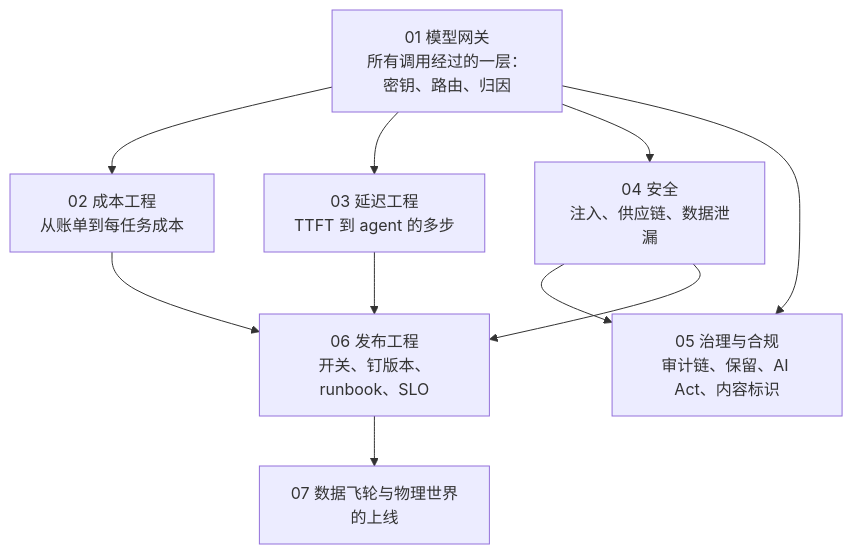
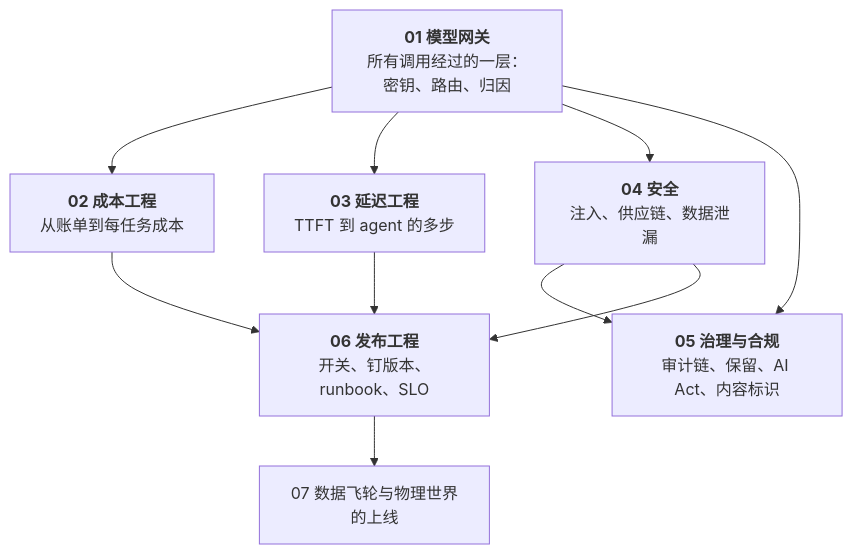
Before and after one commit to arganzheng/arganzheng.github.com: the first of 4 diagrams in _posts/2026-11-14-production-and-operations-series-recap-and-self-test.md, drawn with Mermaid. The commit also changed other lines of this file and 7 other files, not shown here.

First line of the commit message:
生产化与运营：让 AI 应用可靠、可控、可持续地跑：Mermaid 多行方框的首行标为标题（8 篇）

````diff
--- a/_posts/2026-11-14-production-and-operations-series-recap-and-self-test.md
+++ b/_posts/2026-11-14-production-and-operations-series-recap-and-self-test.md
@@ -19,12 +19,12 @@
 ```mermaid
 %%{init: {"flowchart": {"wrappingWidth": 170}}}%%
 %% 图：生产化与运营全景：所有调用经过网关，成本 / 延迟 / 安全 / 治理各一本账，改动 = 发布，飞轮回流
 flowchart TB
-    O1["01 模型网关<br/>所有调用经过的一层：密钥、路由、归因"] --> O2["02 成本工程<br/>从账单到每任务成本"]
-    O1 --> O3["03 延迟工程<br/>TTFT 到 agent 的多步"]
-    O1 --> O4["04 安全<br/>注入、供应链、数据泄漏"]
-    O1 & O4 --> O5["05 治理与合规<br/>审计链、保留、AI Act、内容标识"]
-    O2 & O3 & O4 --> O6["06 发布工程<br/>开关、钉版本、runbook、SLO"]
+    O1["<b>01 模型网关</b><br/>所有调用经过的一层：密钥、路由、归因"] --> O2["<b>02 成本工程</b><br/>从账单到每任务成本"]
+    O1 --> O3["<b>03 延迟工程</b><br/>TTFT 到 agent 的多步"]
+    O1 --> O4["<b>04 安全</b><br/>注入、供应链、数据泄漏"]
+    O1 & O4 --> O5["<b>05 治理与合规</b><br/>审计链、保留、AI Act、内容标识"]
+    O2 & O3 & O4 --> O6["<b>06 发布工程</b><br/>开关、钉版本、runbook、SLO"]
     O6 --> O7["07 数据飞轮与物理世界的上线"]
 
 ```
````
